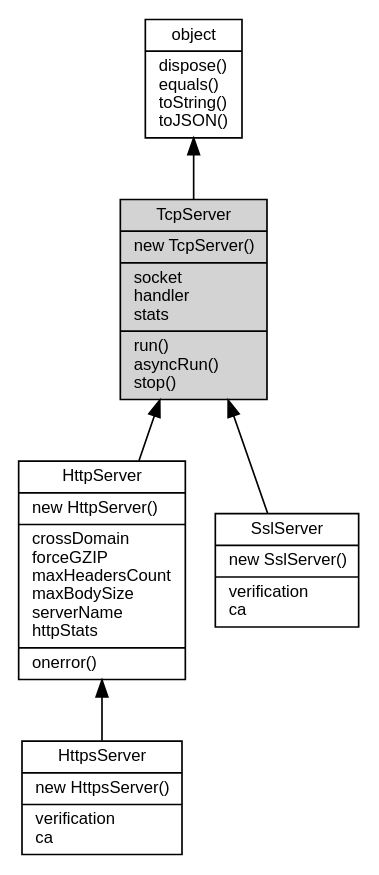
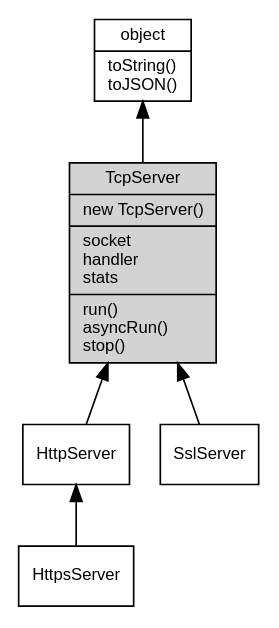
Before and after one commit to asionius/fibjs-ceph: the diagram in docs/object/ifs/TcpServer.md, drawn with Graphviz. The commit also changed other lines of this file and 138 other files, not shown here.

````diff
--- a/docs/object/ifs/TcpServer.md
+++ b/docs/object/ifs/TcpServer.md
@@ -20,16 +20,16 @@
 ```dot
 digraph {
     node [fontname="Helvetica,sans-Serif", fontsize=10, shape="record", style="filled", fillcolor="white"];
 
-    object [tooltip="object", URL="object.md", label="{object|dispose()\lequals()\ltoString()\ltoJSON()\l}"];
-    TcpServer [tooltip="TcpServer", fillcolor="lightgray", label="{TcpServer|new TcpServer()\l|socket\lhandler\lstats\l|run()\lasyncRun()\lstop()\l}"];
-    HttpServer [tooltip="HttpServer", URL="HttpServer.md", label="{HttpServer|new HttpServer()\l|crossDomain\lforceGZIP\lmaxHeadersCount\lmaxBodySize\lserverName\lhttpStats\l|onerror()\l}"];
-    HttpsServer [tooltip="HttpsServer", URL="HttpsServer.md", label="{HttpsServer|new HttpsServer()\l|verification\lca\l}"];
-    SslServer [tooltip="SslServer", URL="SslServer.md", label="{SslServer|new SslServer()\l|verification\lca\l}"];
+    object [tooltip="object", URL="object.md", label="{object|toString()\ltoJSON()\l}"];
+    TcpServer [tooltip="TcpServer", fillcolor="lightgray", id="me", label="{TcpServer|new TcpServer()\l|socket\lhandler\lstats\l|run()\lasyncRun()\lstop()\l}"];
+    HttpServer [tooltip="HttpServer", URL="HttpServer.md", label="{HttpServer}"];
+    HttpsServer [tooltip="HttpsServer", URL="HttpsServer.md", label="{HttpsServer}"];
+    SslServer [tooltip="SslServer", URL="SslServer.md", label="{SslServer}"];
 
     object -> TcpServer [dir=back];
     TcpServer -> HttpServer [dir=back];
     HttpServer -> HttpsServer [dir=back];
     TcpServer -> SslServer [dir=back];
 }
 ```
````
